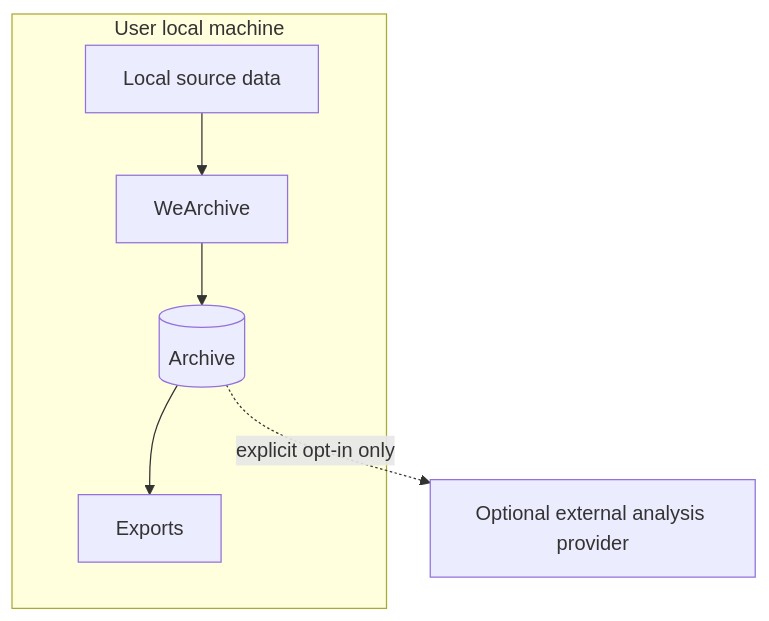
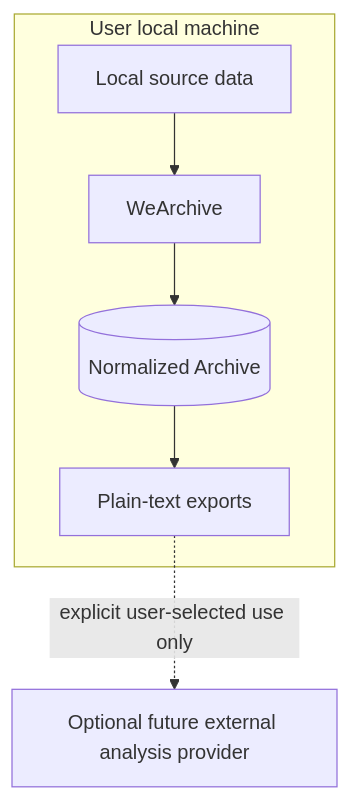
One commit to lybym/WeArchive changed the third of 3 diagrams in docs/ARCHITECTURE.md. Above: the diagram before and after it, drawn with Mermaid. The commit also changed other lines of this file, not shown here.

Commit message:
docs: align architecture with text-only export model

````diff
--- a/docs/ARCHITECTURE.md
+++ b/docs/ARCHITECTURE.md
@@ -315,15 +357,14 @@
 ```mermaid
 flowchart TB
     subgraph LocalMachine[User local machine]
         SRC[Local source data]
         APP[WeArchive]
-        ARC[(Archive)]
-        EXP[Exports]
+        ARC[(Normalized Archive)]
+        EXP[Plain-text exports]
     end
 
-    EXT[Optional external analysis provider]
+    EXT[Optional future external analysis provider]
 
-    SRC --> APP --> ARC
-    ARC --> EXP
-    ARC -. explicit opt-in only .-> EXT
+    SRC --> APP --> ARC --> EXP
+    EXP -. explicit user-selected use only .-> EXT
 ```
````
